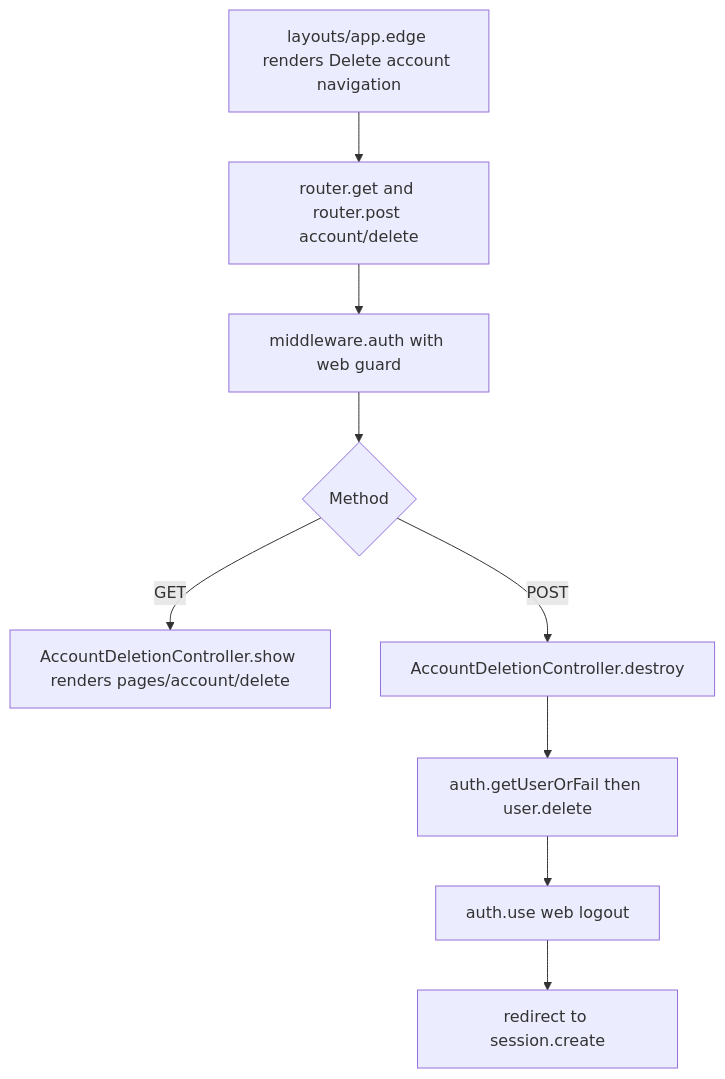
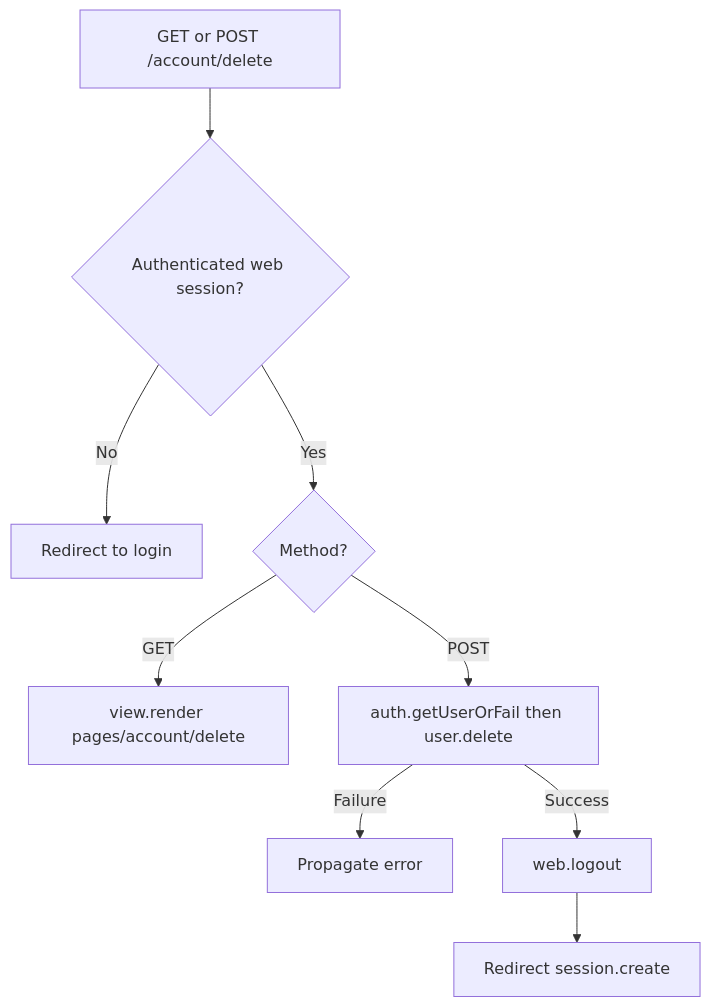
One commit to Kevinjohn/oss-adonisjs-lucid-soft-delete changed the second of 2 diagrams in user-stories/example-apps/us-demo-03-hypermedia-account-deletion.md. Above: the diagram before and after it, drawn with Mermaid. The commit also changed other lines of this file and 26 other files, not shown here.

````diff
--- a/user-stories/example-apps/us-demo-03-hypermedia-account-deletion.md
+++ b/user-stories/example-apps/us-demo-03-hypermedia-account-deletion.md
@@ -36,11 +36,10 @@
 ```mermaid
 flowchart TD
-    N["layouts/app.edge renders Delete account navigation"] --> A
-    A["router.get and router.post account/delete"] --> B["middleware.auth with web guard"]
-    B --> C{"Method"}
-    C -->|GET| D["AccountDeletionController.show renders pages/account/delete"]
-    C -->|POST| E["AccountDeletionController.destroy"]
-    E --> F["auth.getUserOrFail then user.delete"]
-    F --> G["auth.use web logout"]
-    G --> H["redirect to session.create"]
+    A["GET or POST /account/delete"] --> B{"Authenticated web session?"}
+    B -->|No| C["Redirect to login"]
+    B -->|Yes| D{"Method?"}
+    D -->|GET| E["view.render pages/account/delete"]
+    D -->|POST| F["auth.getUserOrFail then user.delete"]
+    F -->|Failure| X["Propagate error"]
+    F -->|Success| G["web.logout"] --> H["Redirect session.create"]
 ```
````
